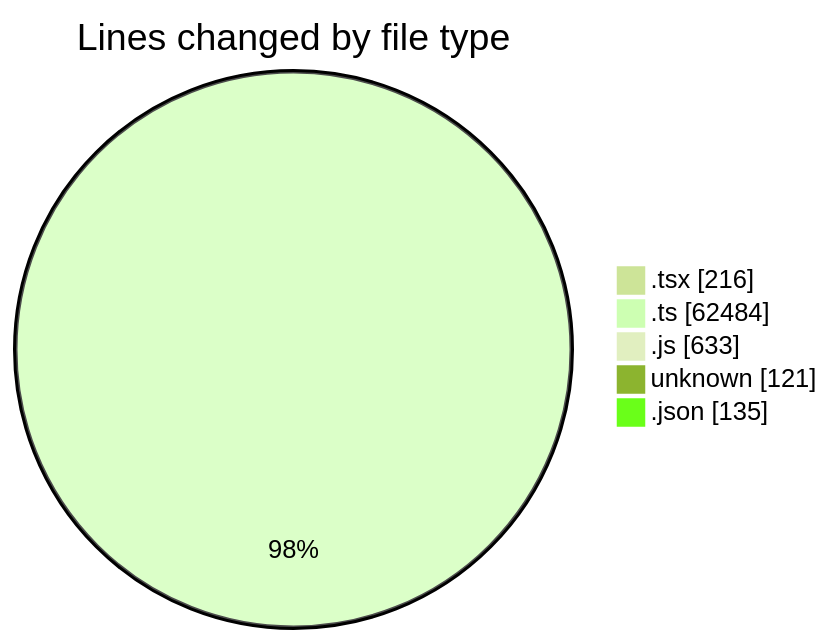
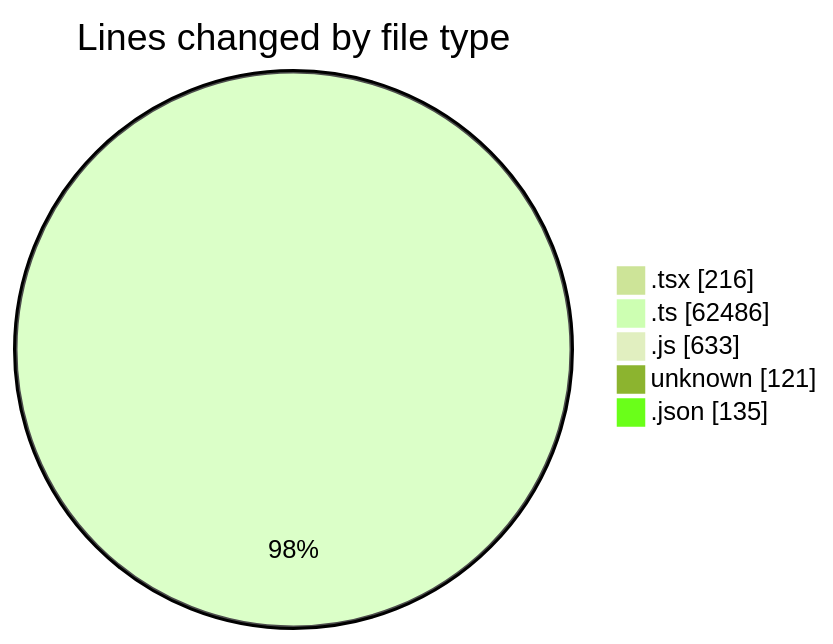
The first of 2 diagrams in 2026-06-01/cda/README.md (momahboobian/code-tracking), drawn with Mermaid (forest theme) before and after one commit. The commit also changed other lines of this file and 1 other file, not shown here.

````diff
--- a/2026-06-01/cda/README.md
+++ b/2026-06-01/cda/README.md
@@ -52,9 +52,9 @@
 ```mermaid
 pie showData
 title Lines changed by file type
 ".tsx" : 216
-".ts" : 62484
+".ts" : 62486
 ".js" : 633
 "unknown" : 121
 ".json" : 135
 ```
````
